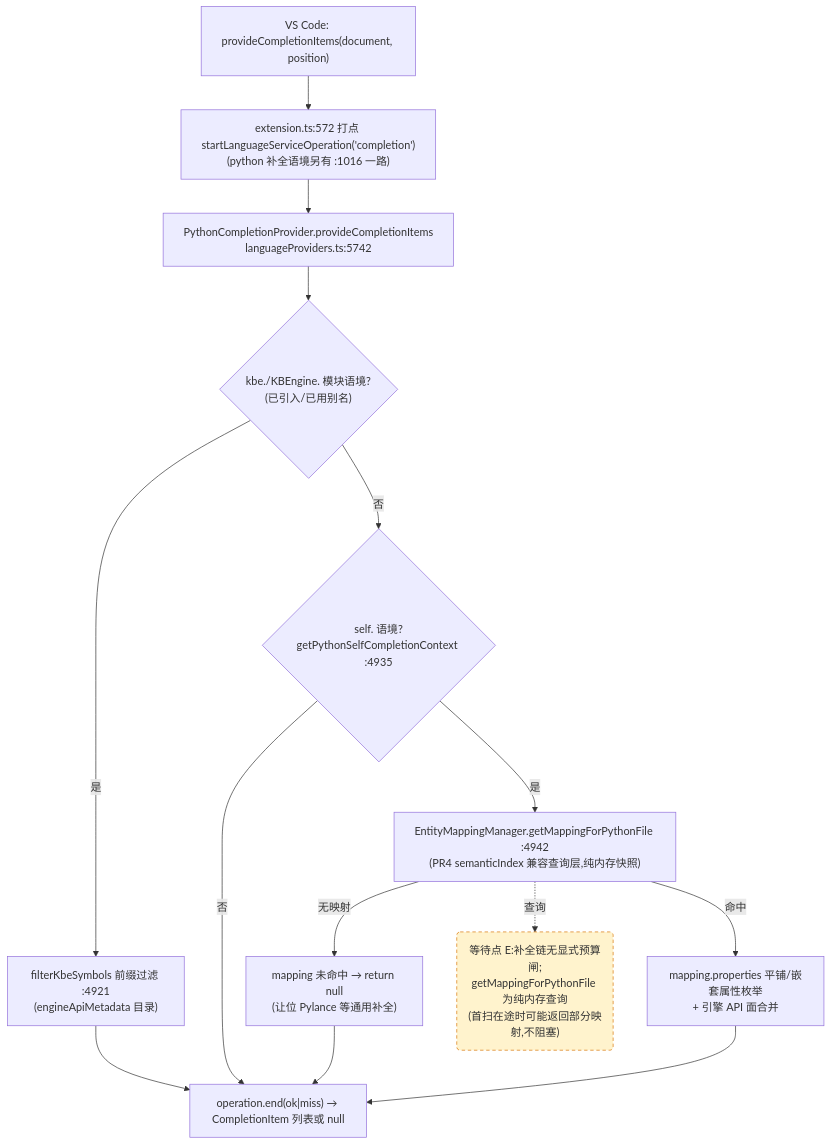
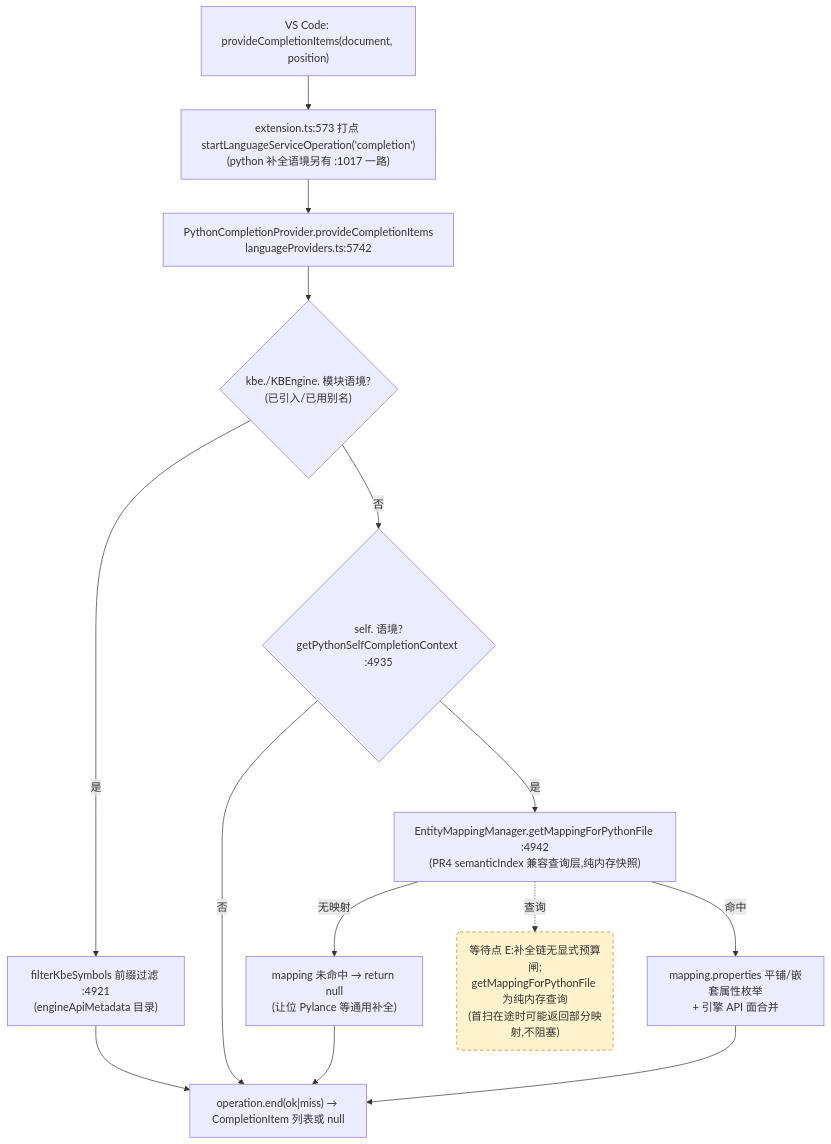
One commit to cuihairu/kode changed the third of 4 diagrams in docs/perf/2026-baseline.md. Above: the diagram before and after it, drawn with Mermaid. The commit also changed other lines of this file and 12 other files, not shown here.

````diff
--- a/docs/perf/2026-baseline.md
+++ b/docs/perf/2026-baseline.md
@@ -184,27 +184,27 @@
 ```mermaid
 flowchart TD
   VC3["VS Code: provideCompletionItems(document, position)"]
-  M3["extension.ts:572 打点 startLanguageServiceOperation('completion')<br/>(python 补全语境另有 :1016 一路)"]
+  M3["extension.ts:573 打点 startLanguageServiceOperation('completion')<br/>(python 补全语境另有 :1017 一路)"]
   CP["PythonCompletionProvider.provideCompletionItems<br/>languageProviders.ts:5742"]
   KBEC{"kbe./KBEngine. 模块语境?<br/>(已引入/已用别名)"}
   FILTER["filterKbeSymbols 前缀过滤 :4921<br/>(engineApiMetadata 目录)"]
   SELFC{"self. 语境?<br/>getPythonSelfCompletionContext :4935"}
   MAP["EntityMappingManager.getMappingForPythonFile :4942<br/>(PR4 semanticIndex 兼容查询层,纯内存快照)"]
   NOMAP["mapping 未命中 → return null<br/>(让位 Pylance 等通用补全)"]
   PROPS["mapping.properties 平铺/嵌套属性枚举<br/>+ 引擎 API 面合并"]
   END3["operation.end(ok|miss) → CompletionItem 列表或 null"]
 
   VC3 --> M3 --> CP --> KBEC
   KBEC -- "是" --> FILTER --> END3
   KBEC -- "否" --> SELFC
   SELFC -- "否" --> END3
   SELFC -- "是" --> MAP
   MAP -- "无映射" --> NOMAP --> END3
   MAP -- "命中" --> PROPS --> END3
 
   WAITE("等待点 E:补全链无显式预算闸;<br/>getMappingForPythonFile 为纯内存查询<br/>(首扫在途时可能返回部分映射,不阻塞)")
   MAP -.->|查询| WAITE
 
   classDef waitPoint fill:#fff3cd,stroke:#d97706,stroke-dasharray:5 4;
   class WAITE waitPoint;
 ```
````
